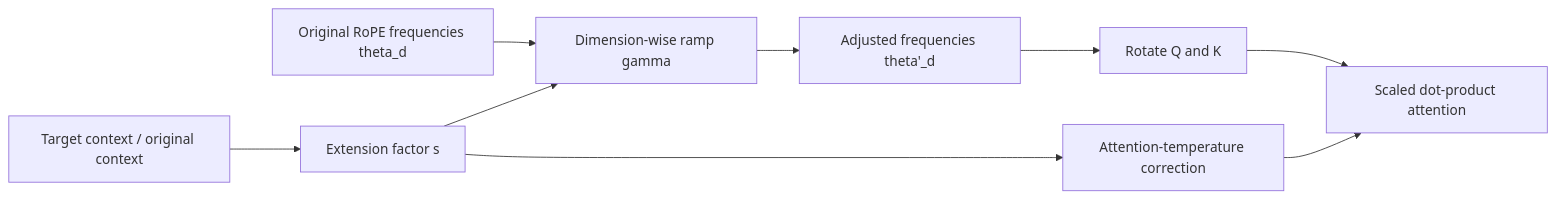
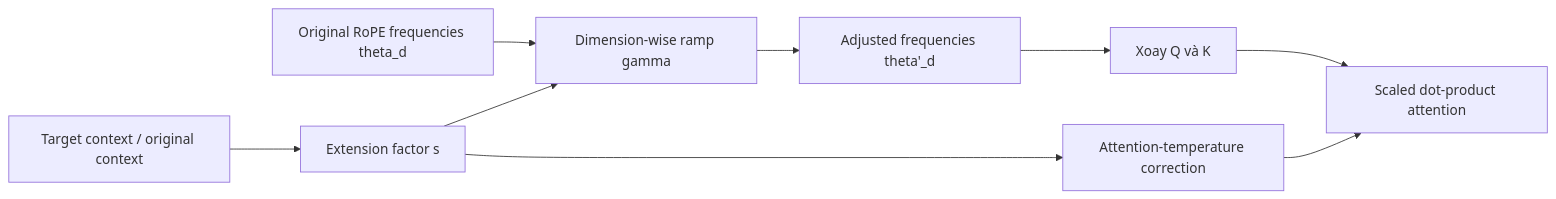
The diagram in docs/research_finding/01-gwen/module_details/LLM_modules/YaRN.md (cycler04/VinRobotics-VLA), drawn with Mermaid before and after one commit. The commit also changed other lines of this file and 79 other files, not shown here.

````diff
--- a/docs/research_finding/01-gwen/module_details/LLM_modules/YaRN.md
+++ b/docs/research_finding/01-gwen/module_details/LLM_modules/YaRN.md
@@ -52,11 +52,11 @@
 ```mermaid
 flowchart LR
     P[Target context / original context] --> S[Extension factor s]
     T[Original RoPE frequencies theta_d] --> R[Dimension-wise ramp gamma]
     S --> R
     R --> F[Adjusted frequencies theta'_d]
-    F --> QK[Rotate Q and K]
+    F --> QK[Xoay Q và K]
     S --> TEMP[Attention-temperature correction]
     QK --> A[Scaled dot-product attention]
     TEMP --> A
 ```
````
